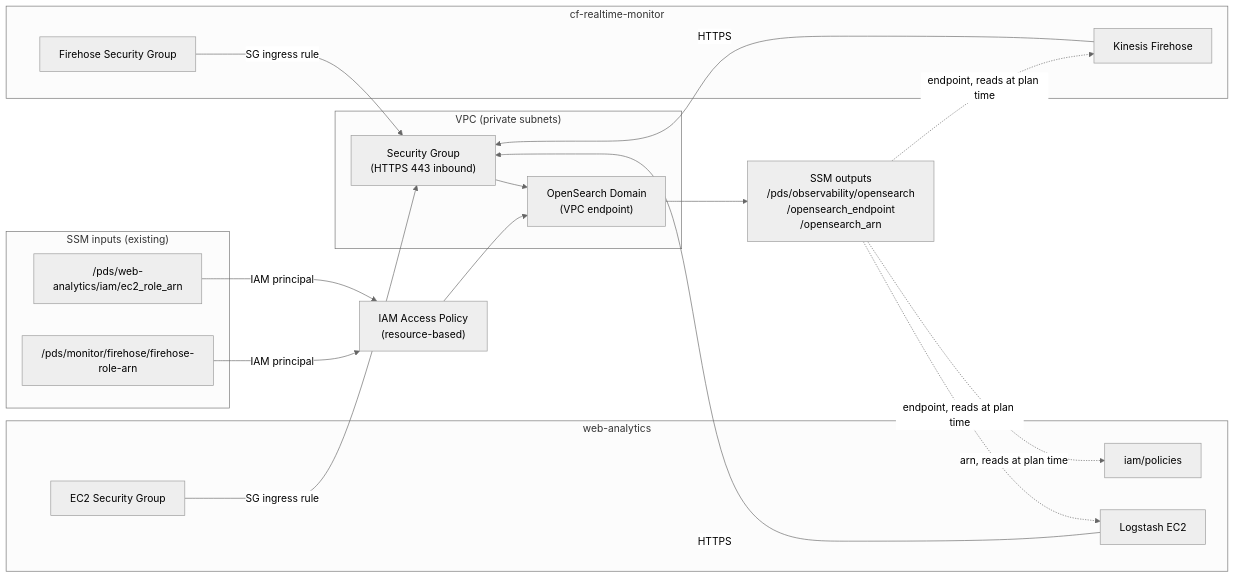
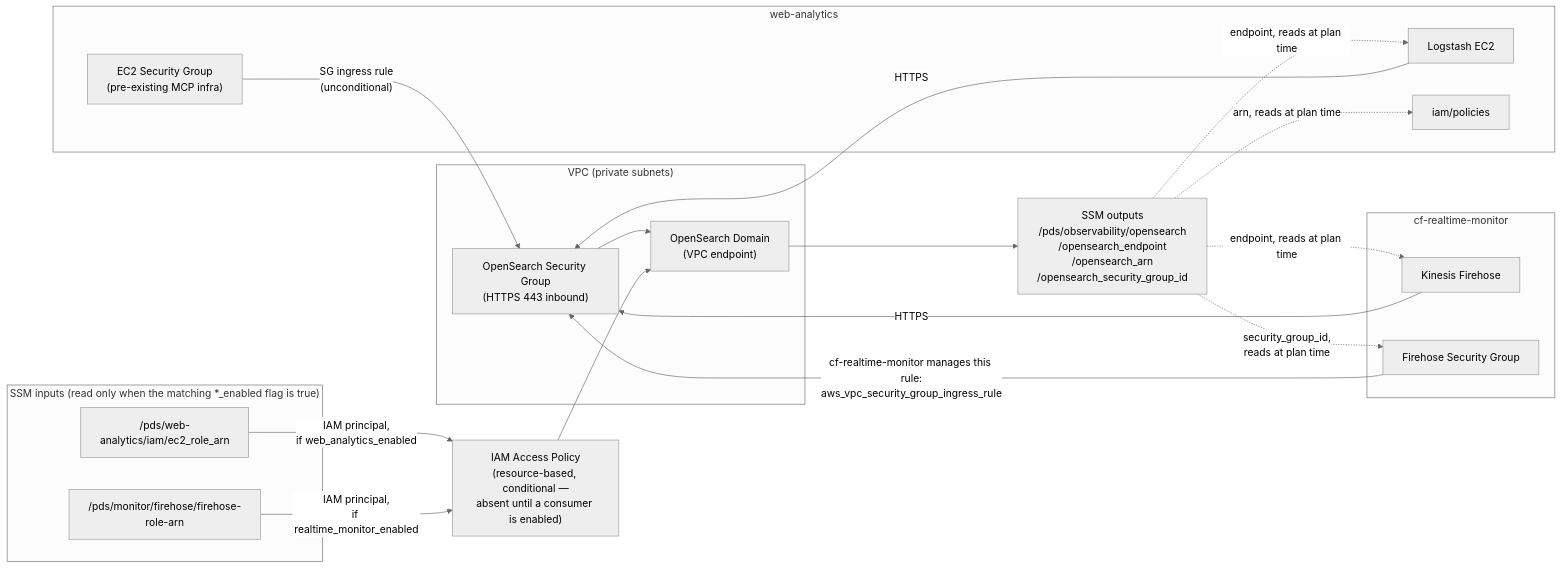
One commit to NASA-PDS/o11y-platform changed the first of 2 diagrams in terraform/README.md. Above: the diagram before and after it, drawn with Mermaid (neutral theme). The commit also changed other lines of this file and 1 other file, not shown here.

First line of the commit message:
Read tfvars from cds-infra-deploy by default, LOCAL=1 to fall back

````diff
--- a/terraform/README.md
+++ b/terraform/README.md
@@ -7,39 +7,40 @@
 ```mermaid
 flowchart LR
     subgraph vpc["VPC (private subnets)"]
-        SG["Security Group\n(HTTPS 443 inbound)"]
+        SG["OpenSearch Security Group\n(HTTPS 443 inbound)"]
         OS["OpenSearch Domain\n(VPC endpoint)"]
     end
 
-    subgraph ssm_in["SSM inputs (existing)"]
+    subgraph ssm_in["SSM inputs (read only when the matching *_enabled flag is true)"]
         EC2ARN["/pds/web-analytics/iam/ec2_role_arn"]
         FHARN["/pds/monitor/firehose/firehose-role-arn"]
     end
 
-    POL["IAM Access Policy\n(resource-based)"]
-    SSM_OUT["SSM outputs\n/pds/observability/opensearch\n/opensearch_endpoint\n/opensearch_arn"]
+    POL["IAM Access Policy\n(resource-based, conditional —\nabsent until a consumer is enabled)"]
+    SSM_OUT["SSM outputs\n/pds/observability/opensearch\n/opensearch_endpoint\n/opensearch_arn\n/opensearch_security_group_id"]
 
     subgraph wa["web-analytics"]
         LS["Logstash EC2"]
-        EC2SG["EC2 Security Group"]
+        EC2SG["EC2 Security Group\n(pre-existing MCP infra)"]
         WAIAM["iam/policies"]
     end
 
     subgraph cf["cf-realtime-monitor"]
         FH["Kinesis Firehose"]
         FHSG["Firehose Security Group"]
     end
 
-    EC2SG -->|"SG ingress rule"| SG
-    FHSG -->|"SG ingress rule"| SG
+    EC2SG -->|"SG ingress rule\n(unconditional)"| SG
     SG --> OS
-    EC2ARN -->|"IAM principal"| POL
-    FHARN -->|"IAM principal"| POL
+    EC2ARN -->|"IAM principal,\nif web_analytics_enabled"| POL
+    FHARN -->|"IAM principal,\nif realtime_monitor_enabled"| POL
     POL --> OS
     OS --> SSM_OUT
     SSM_OUT -.->|"endpoint, reads at plan time"| LS
     SSM_OUT -.->|"endpoint, reads at plan time"| FH
     SSM_OUT -.->|"arn, reads at plan time"| WAIAM
+    SSM_OUT -.->|"security_group_id,\nreads at plan time"| FHSG
+    FHSG -->|"cf-realtime-monitor manages this rule:\naws_vpc_security_group_ingress_rule"| SG
     LS -->|"HTTPS"| SG
     FH -->|"HTTPS"| SG
 ```
````
